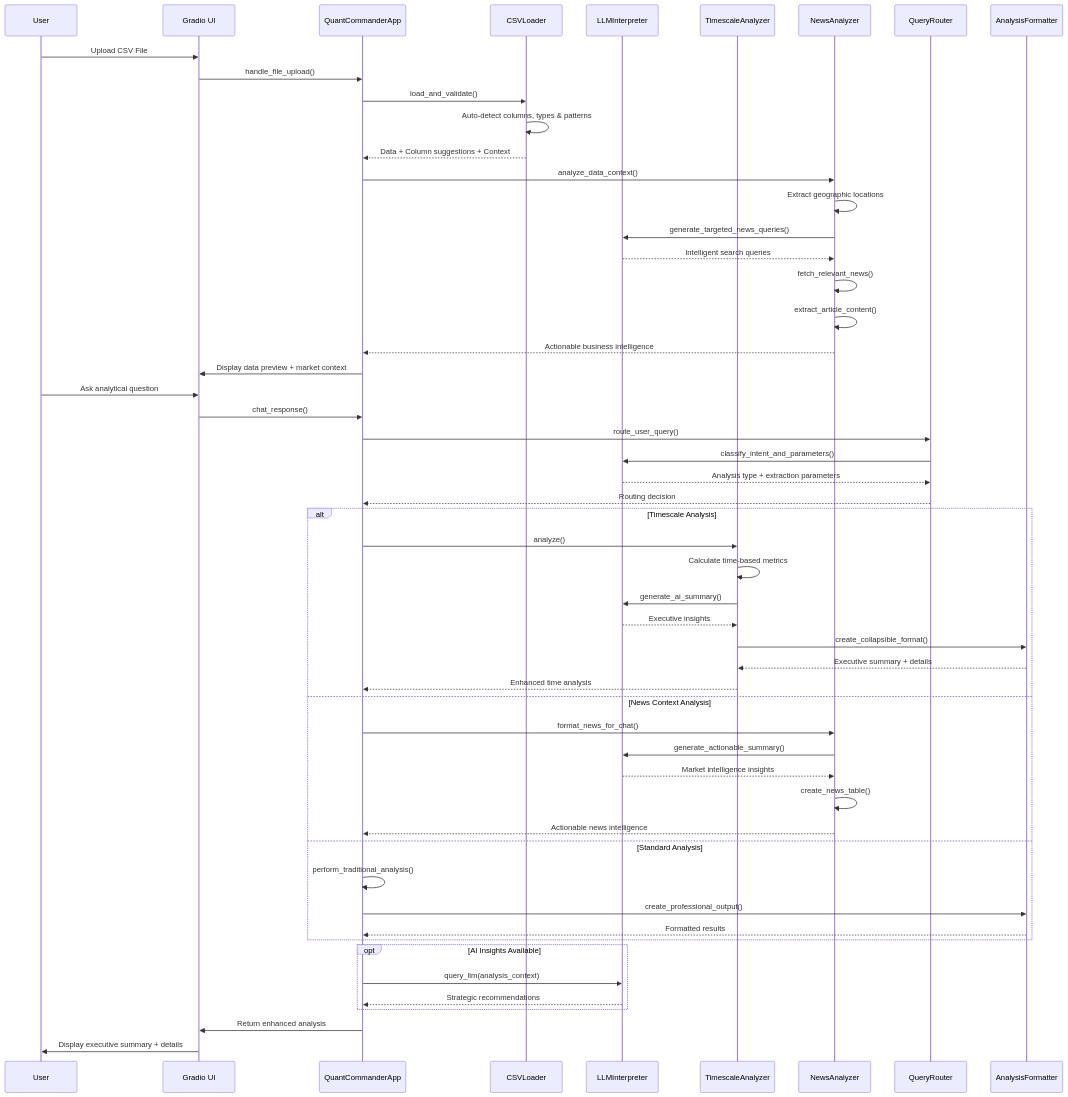
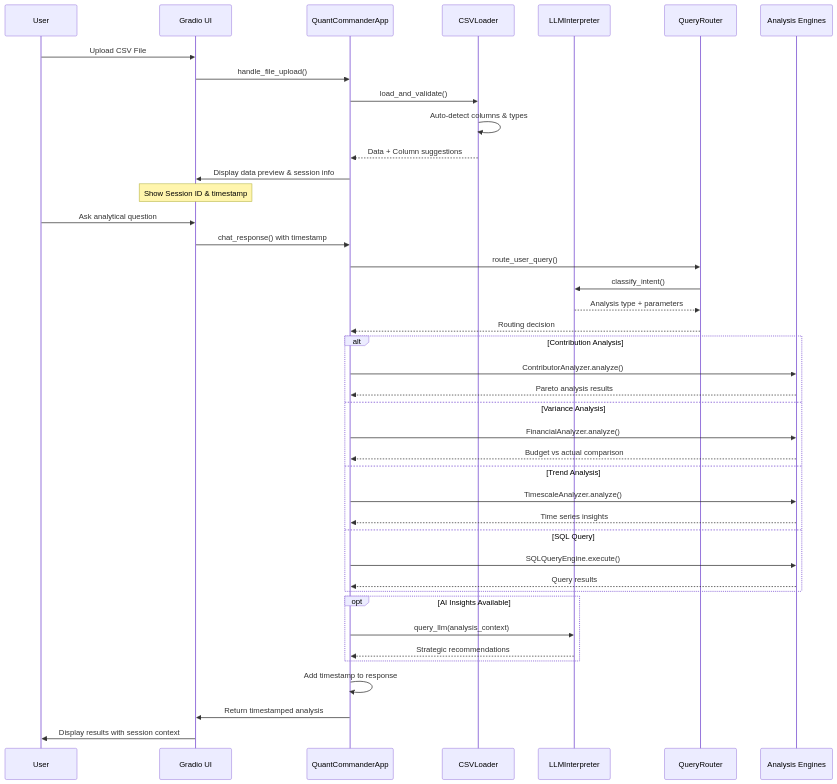
One commit to sharkoil/variancepro changed the first of 2 diagrams in README.md. Above: the diagram before and after it, drawn with Mermaid. The commit also changed other lines of this file and 20 other files, not shown here.

````diff
--- a/README.md
+++ b/README.md
@@ -346,64 +113,50 @@
 ```mermaid
 sequenceDiagram
     participant User
     participant Gradio as Gradio UI
     participant App as QuantCommanderApp
     participant CSV as CSVLoader
     participant AI as LLMInterpreter
-    participant TimeScale as TimescaleAnalyzer
-    participant News as NewsAnalyzer
     participant Router as QueryRouter
-    participant Format as AnalysisFormatter
+    participant Analyzer as Analysis Engines
 
     User->>Gradio: Upload CSV File
     Gradio->>App: handle_file_upload()
     App->>CSV: load_and_validate()
-    CSV->>CSV: Auto-detect columns, types & patterns
-    CSV-->>App: Data + Column suggestions + Context
+    CSV->>CSV: Auto-detect columns & types
+    CSV-->>App: Data + Column suggestions
     
-    App->>News: analyze_data_context()
-    News->>News: Extract geographic locations
-    News->>AI: generate_targeted_news_queries()
-    AI-->>News: Intelligent search queries
-    News->>News: fetch_relevant_news()
-    News->>News: extract_article_content()
-    News-->>App: Actionable business intelligence
-    
-    App->>Gradio: Display data preview + market context
+    App->>Gradio: Display data preview & session info
+    Note over Gradio: Show Session ID & timestamp
     
     User->>Gradio: Ask analytical question
-    Gradio->>App: chat_response()
+    Gradio->>App: chat_response() with timestamp
     
     App->>Router: route_user_query()
-    Router->>AI: classify_intent_and_parameters()
-    AI-->>Router: Analysis type + extraction parameters
+    Router->>AI: classify_intent()
+    AI-->>Router: Analysis type + parameters
     Router-->>App: Routing decision
     
-    alt Timescale Analysis
-        App->>TimeScale: analyze()
-        TimeScale->>TimeScale: Calculate time-based metrics
-        TimeScale->>AI: generate_ai_summary()
-        AI-->>TimeScale: Executive insights
-        TimeScale->>Format: create_collapsible_format()
-        Format-->>TimeScale: Executive summary + details
-        TimeScale-->>App: Enhanced time analysis
-    else News Context Analysis
-        App->>News: format_news_for_chat()
-        News->>AI: generate_actionable_summary()
-        AI-->>News: Market intelligence insights
-        News->>News: create_news_table()
-        News-->>App: Actionable news intelligence
-    else Standard Analysis
-        App->>App: perform_traditional_analysis()
-        App->>Format: create_professional_output()
-        Format-->>App: Formatted results
+    alt Contribution Analysis
+        App->>Analyzer: ContributorAnalyzer.analyze()
+        Analyzer-->>App: Pareto analysis results
+    else Variance Analysis
+        App->>Analyzer: FinancialAnalyzer.analyze()
+        Analyzer-->>App: Budget vs actual comparison
+    else Trend Analysis
+        App->>Analyzer: TimescaleAnalyzer.analyze()
+        Analyzer-->>App: Time series insights
+    else SQL Query
+        App->>Analyzer: SQLQueryEngine.execute()
+        Analyzer-->>App: Query results
     end
     
     opt AI Insights Available
         App->>AI: query_llm(analysis_context)
         AI-->>App: Strategic recommendations
     end
     
-    App->>Gradio: Return enhanced analysis
-    Gradio->>User: Display executive summary + details
+    App->>App: Add timestamp to response
+    App->>Gradio: Return timestamped analysis
+    Gradio->>User: Display results with session context
 ```
````
